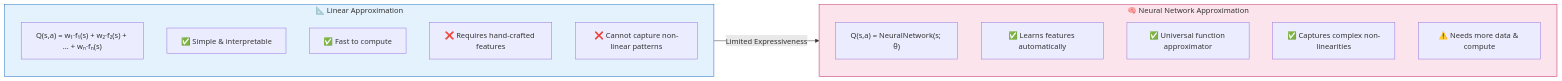
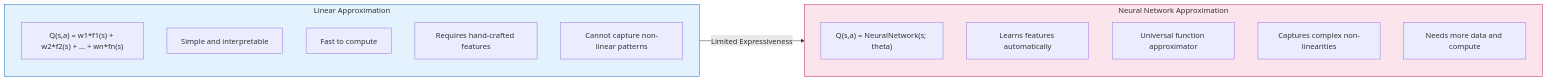
Before and after one commit to Abhijit1102/reinforcement_learning: the second of 4 diagrams in 08_function_approximation/chapter_8_function_approximation.md, drawn with Mermaid. The commit also changed other lines of this file, not shown here.

Commit message:
function approximation remake

````diff
--- a/08_function_approximation/chapter_8_function_approximation.md
+++ b/08_function_approximation/chapter_8_function_approximation.md
@@ -69,23 +69,23 @@
 ```mermaid
 flowchart LR
-    subgraph Linear["📐 Linear Approximation"]
-        L1["Q(s,a) = w₁·f₁(s) + w₂·f₂(s) + ... + wₙ·fₙ(s)"]
-        L2["✅ Simple & interpretable"]
-        L3["✅ Fast to compute"]
-        L4["❌ Requires hand-crafted features"]
-        L5["❌ Cannot capture non-linear patterns"]
+    subgraph Linear["Linear Approximation"]
+        L1["Q(s,a) = w1*f1(s) + w2*f2(s) + ... + wn*fn(s)"]
+        L2["Simple and interpretable"]
+        L3["Fast to compute"]
+        L4["Requires hand-crafted features"]
+        L5["Cannot capture non-linear patterns"]
     end
 
-    subgraph Neural["🧠 Neural Network Approximation"]
-        N1["Q(s,a) = NeuralNetwork(s; θ)"]
-        N2["✅ Learns features automatically"]
-        N3["✅ Universal function approximator"]
-        N4["✅ Captures complex non-linearities"]
-        N5["⚠️ Needs more data & compute"]
+    subgraph Neural["Neural Network Approximation"]
+        N1["Q(s,a) = NeuralNetwork(s; theta)"]
+        N2["Learns features automatically"]
+        N3["Universal function approximator"]
+        N4["Captures complex non-linearities"]
+        N5["Needs more data and compute"]
     end
 
     Linear -->|"Limited Expressiveness"| Neural
 
     style Linear fill:#e3f2fd,stroke:#1565c0
     style Neural fill:#fce4ec,stroke:#c2185b
 ```
````
